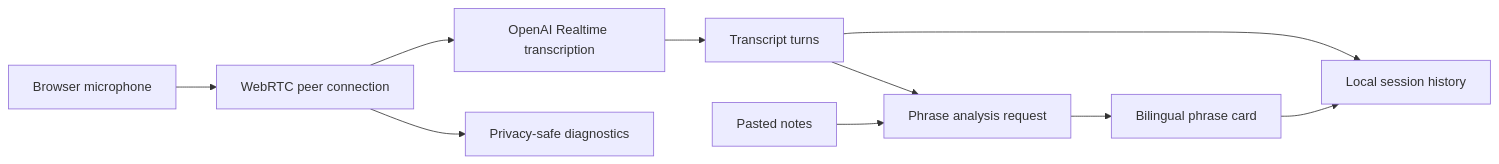
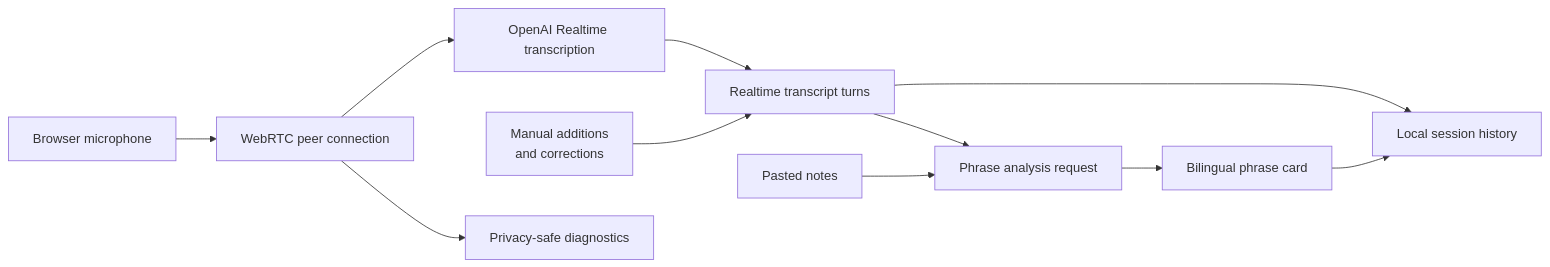
One commit to filimo/EchoGuide.ai changed the diagram in docs/architecture.md. Above: the diagram before and after it, drawn with Mermaid. The commit also changed other lines of this file and 8 other files, not shown here.

First line of the commit message:
Add manual transcript editing in Training Mode

````diff
--- a/docs/architecture.md
+++ b/docs/architecture.md
@@ -7,12 +7,13 @@
 ```mermaid
 flowchart LR
     M["Browser microphone"] --> W["WebRTC peer connection"]
     W --> R["OpenAI Realtime transcription"]
-    R --> T["Transcript turns"]
+    R --> T["Realtime transcript turns"]
+    U["Manual additions<br/>and corrections"] --> T
     T --> A["Phrase analysis request"]
     K["Pasted notes"] --> A
     A --> C["Bilingual phrase card"]
     T --> H["Local session history"]
     C --> H
     W --> D["Privacy-safe diagnostics"]
 ```
````
